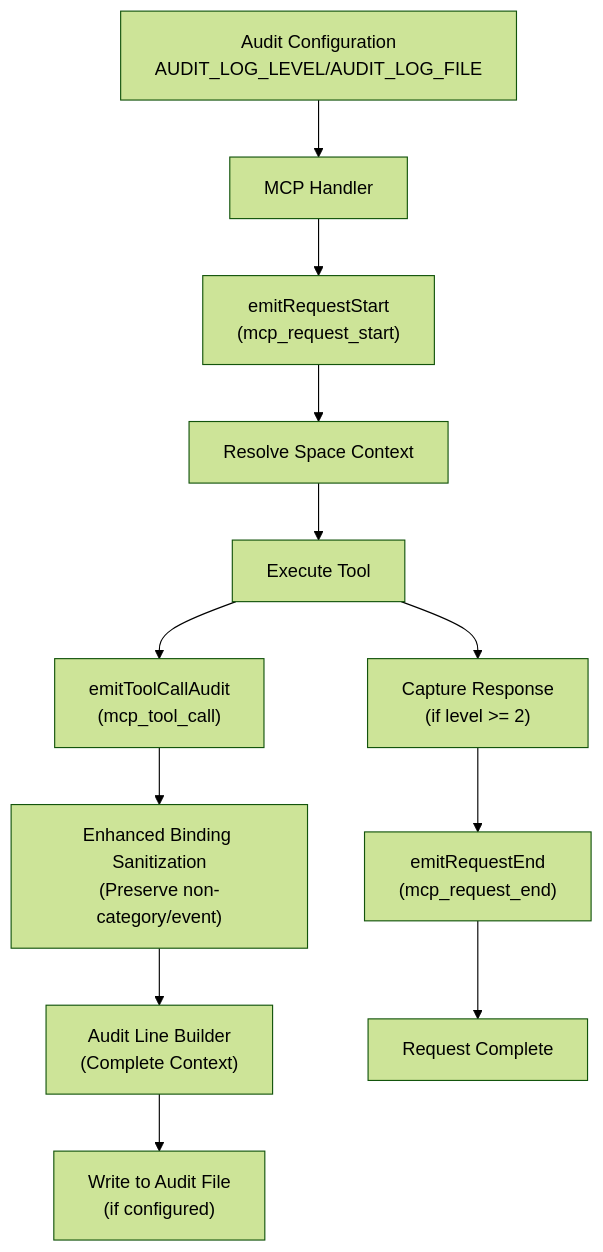
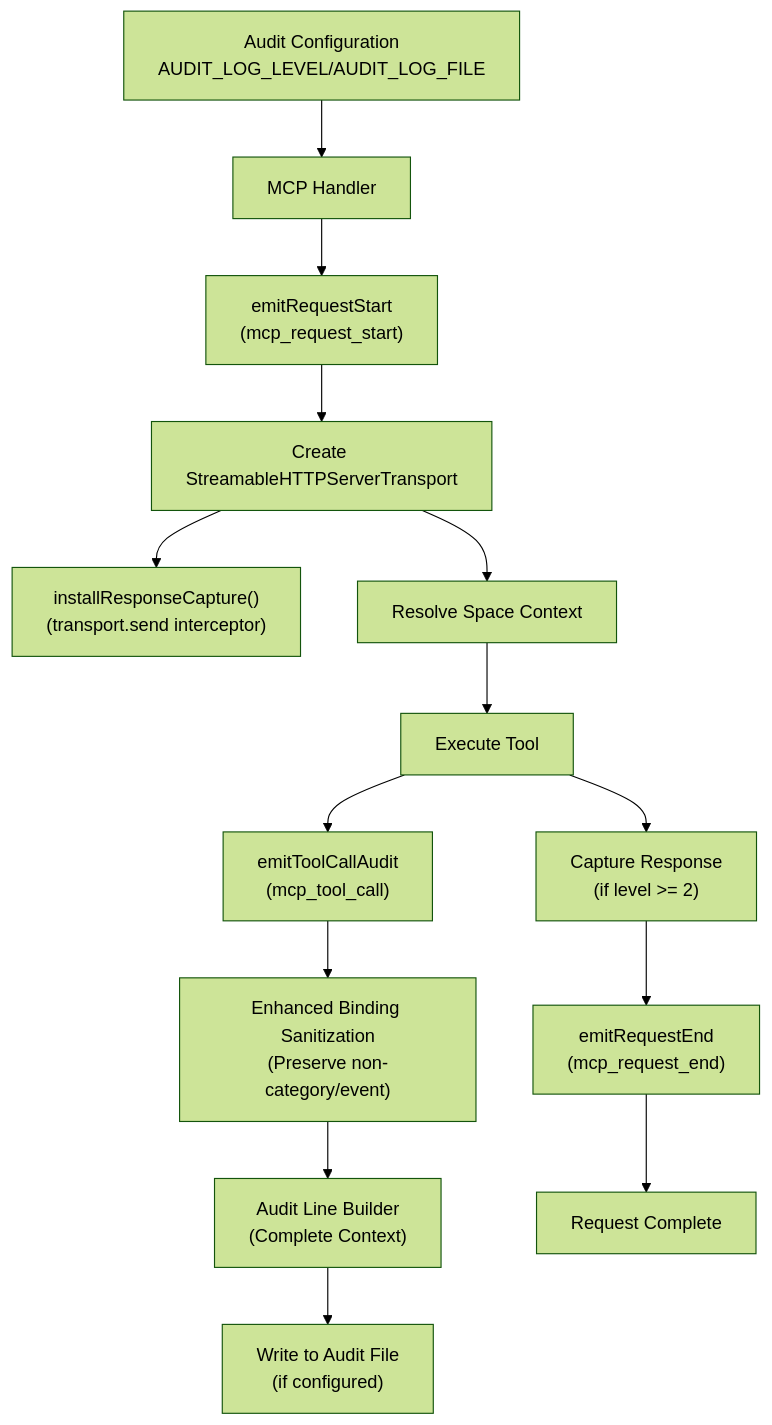
One commit to debian777/kairos-mcp changed the sixth of 7 diagrams in .qoder/repowiki/en/content/Monitoring & Observability.md. Above: the diagram before and after it, drawn with Mermaid (forest theme). The commit also changed other lines of this file and 24 other files, not shown here.

First line of the commit message:
fix(audit): capture response at transport.send() level

````diff
--- a/.qoder/repowiki/en/content/Monitoring & Observability.md
+++ b/.qoder/repowiki/en/content/Monitoring & Observability.md
@@ -431,14 +455,16 @@
 ```mermaid
 flowchart TD
 Config["Audit Configuration<br/>AUDIT_LOG_LEVEL/AUDIT_LOG_FILE"] --> Handler["MCP Handler"]
 Handler --> Start["emitRequestStart<br/>(mcp_request_start)"]
-Start --> Context["Resolve Space Context"]
+Start --> Transport["Create StreamableHTTPServerTransport"]
+Transport --> Capture["installResponseCapture()<br/>(transport.send interceptor)"]
+Transport --> Context["Resolve Space Context"]
 Context --> Tool["Execute Tool"]
 Tool --> Response["Capture Response<br/>(if level >= 2)"]
 Response --> End["emitRequestEnd<br/>(mcp_request_end)"]
 Tool --> Call["emitToolCallAudit<br/>(mcp_tool_call)"]
 Call --> Sanitize["Enhanced Binding Sanitization<br/>(Preserve non-category/event)"]
 Sanitize --> Build["Audit Line Builder<br/>(Complete Context)"]
 Build --> File["Write to Audit File<br/>(if configured)"]
 End --> Complete["Request Complete"]
 ```
````
